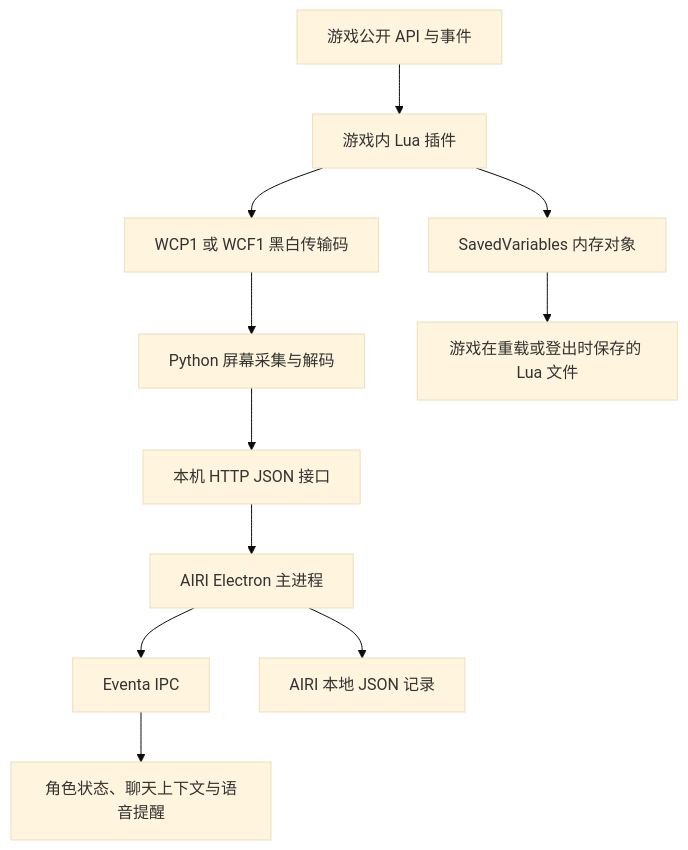
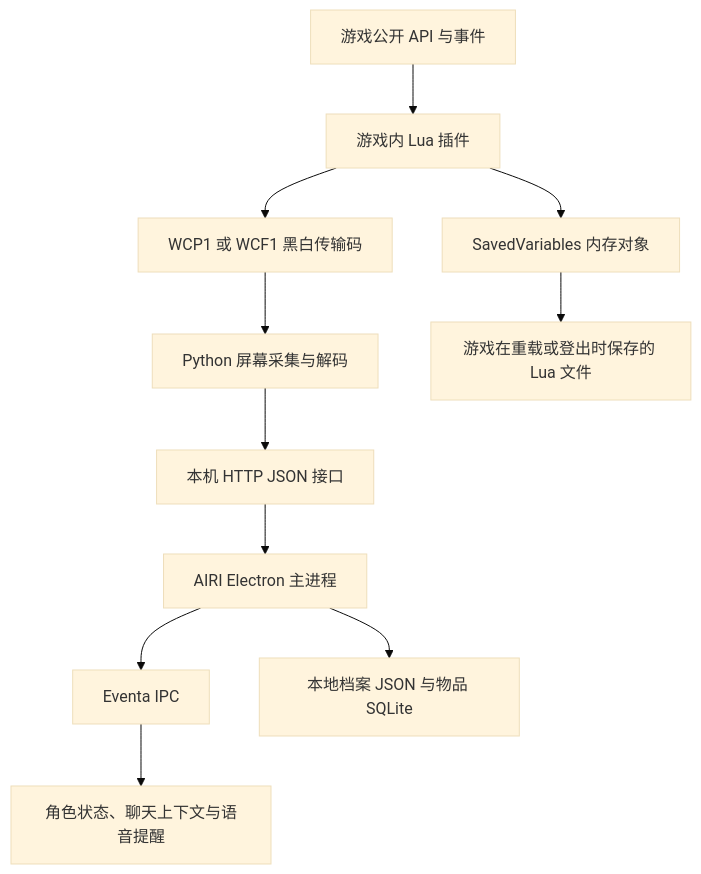
One commit to LoveWood233/wow-airi-companion changed the diagram in WOWAddons/wow-addon-airi-communication.md. Above: the diagram before and after it, drawn with Mermaid (base theme). The commit also changed other lines of this file and 1334 other files, not shown here.

````diff
--- a/WOWAddons/wow-addon-airi-communication.md
+++ b/WOWAddons/wow-addon-airi-communication.md
@@ -9,13 +9,13 @@
 ```mermaid
 flowchart TD
     APIs[游戏公开 API 与事件] --> Lua[游戏内 Lua 插件]
     Lua --> Grid[WCP1 或 WCF1 黑白传输码]
     Grid --> Bridge[Python 屏幕采集与解码]
     Bridge --> HTTP[本机 HTTP JSON 接口]
     HTTP --> Main[AIRI Electron 主进程]
     Main --> IPC[Eventa IPC]
     IPC --> Chat[角色状态、聊天上下文与语音提醒]
-    Main --> Disk[AIRI 本地 JSON 记录]
+    Main --> Disk[本地档案 JSON 与物品 SQLite]
     Lua --> SV[SavedVariables 内存对象]
     SV --> Save[游戏在重载或登出时保存的 Lua 文件]
 ```
````
